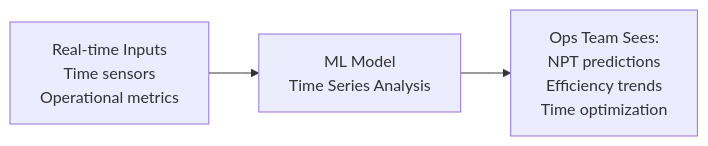
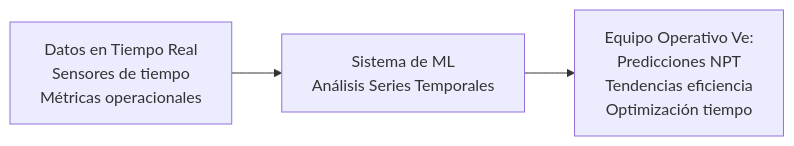
One commit to wonder-dmercadal/PublicReports changed the eighth of 13 diagrams in PAE_Report.md. Above: the diagram before and after it, drawn with Mermaid. The commit also changed other lines of this file, not shown here.

````diff
--- a/PAE_Report.md
+++ b/PAE_Report.md
@@ -107,5 +107,5 @@
 ```mermaid
 graph LR
-    A[Real-time Inputs<br/>Time sensors<br/>Operational metrics] --> B[ML Model<br/>Time Series Analysis]
-    B --> C[Ops Team Sees:<br/>NPT predictions<br/>Efficiency trends<br/>Time optimization]
+    A[Datos en Tiempo Real<br/>Sensores de tiempo<br/>Métricas operacionales] --> B[Sistema de ML<br/>Análisis Series Temporales]
+    B --> C[Equipo Operativo Ve:<br/>Predicciones NPT<br/>Tendencias eficiencia<br/>Optimización tiempo]
 ```
````
